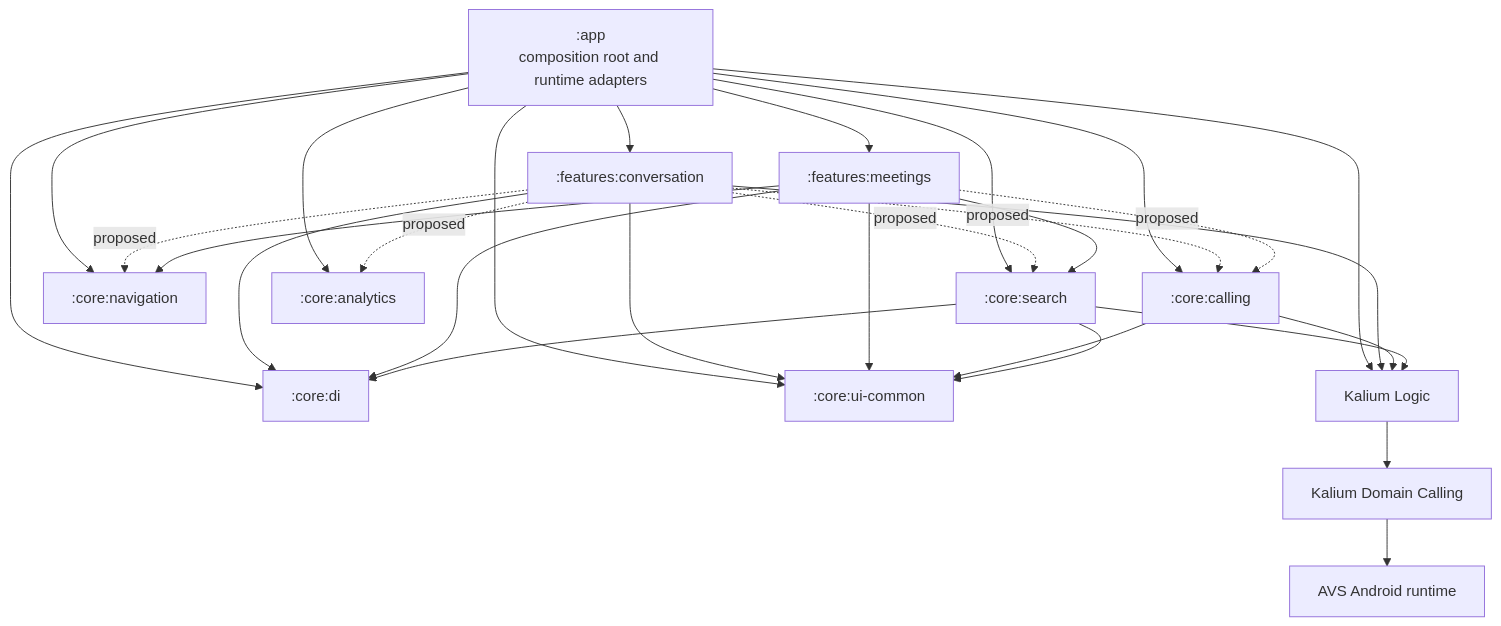
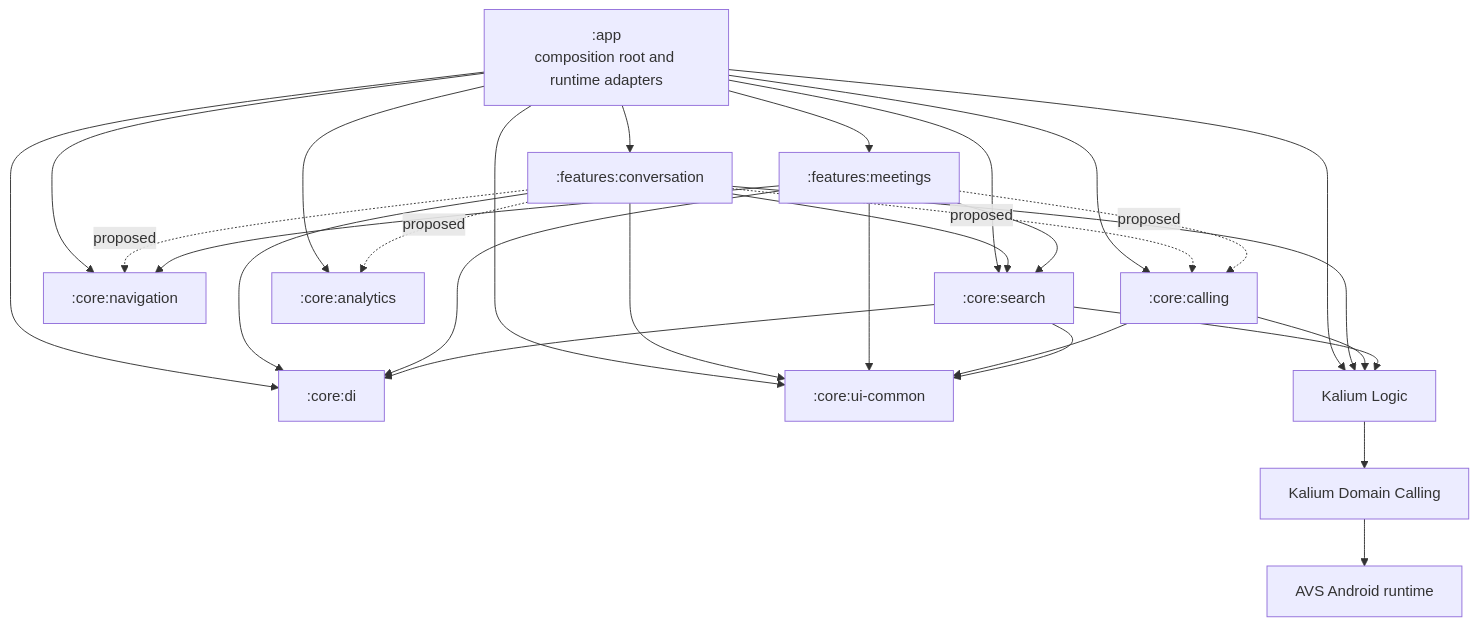
The diagram in docs/architecture/android-module-graph.mmd (wireapp/wire-android), drawn with Mermaid before and after one commit. The commit also changed 18 other files, not shown here.

```diff
--- a/docs/architecture/android-module-graph.mmd
+++ b/docs/architecture/android-module-graph.mmd
@@ -1,42 +1,42 @@
 graph TD
     App[":app<br/>composition root and runtime adapters"]
     Conversation[":features:conversation"]
     Meetings[":features:meetings"]
     Calling[":core:calling"]
     Navigation[":core:navigation"]
     Search[":core:search"]
     Di[":core:di"]
     UiCommon[":core:ui-common"]
     Analytics[":core:analytics"]
     KaliumLogic["Kalium Logic"]
     KaliumCalling["Kalium Domain Calling"]
     Avs["AVS Android runtime"]
 
     App --> Conversation
     App --> Meetings
     App --> Calling
     App --> Navigation
     App --> Search
     App --> Di
     App --> UiCommon
     App --> Analytics
     App --> KaliumLogic
     Conversation --> Di
     Conversation --> UiCommon
     Conversation --> KaliumLogic
     Conversation -. proposed .-> Calling
     Conversation -. proposed .-> Analytics
     Conversation -. proposed .-> Navigation
-    Conversation -. proposed .-> Search
+    Conversation --> Search
     Meetings -. proposed .-> Calling
     Meetings --> Navigation
     Meetings --> Search
     Meetings --> Di
     Meetings --> UiCommon
     Calling --> UiCommon
     Calling --> KaliumLogic
     Search --> Di
     Search --> UiCommon
     Search --> KaliumLogic
     KaliumLogic --> KaliumCalling
     KaliumCalling --> Avs
```
